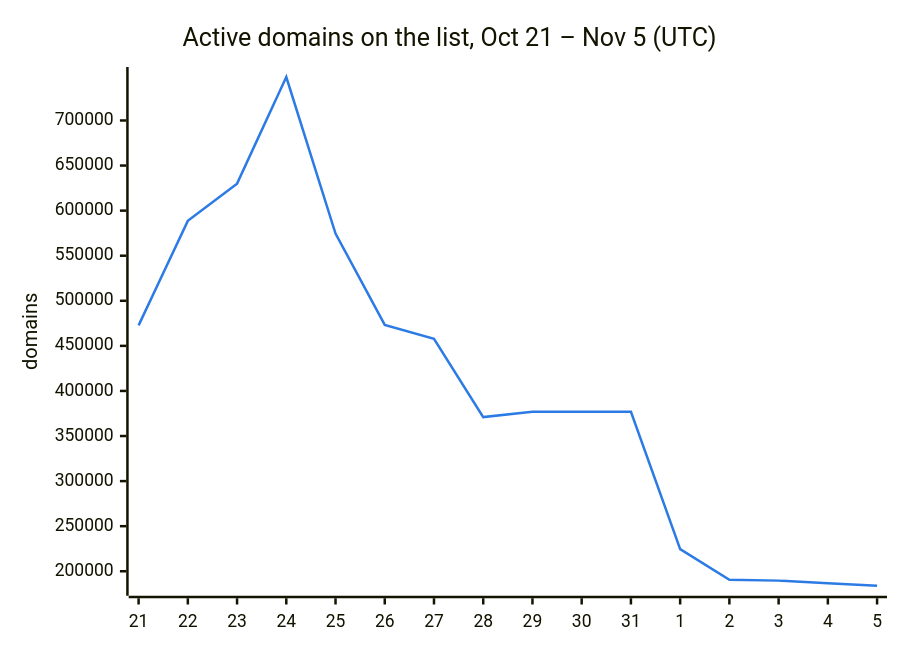
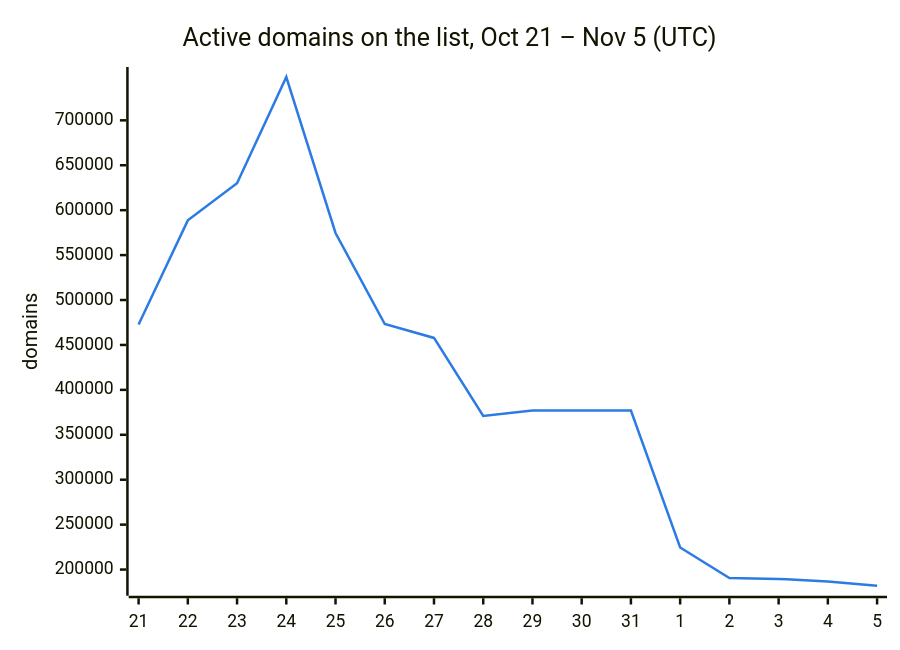
Before and after one commit to DNSBunker/CTI: the second of 3 diagrams in README.md, drawn with Mermaid. The commit also changed other lines of this file and 3 other files, not shown here.

````diff
--- a/README.md
+++ b/README.md
@@ -38,8 +38,8 @@
 ```mermaid
 %%{init: {"themeVariables": {"xyChart": {"plotColorPalette": "#2c7be5"}}}}%%
 xychart-beta
     title "Active domains on the list, Oct 21 – Nov 5 (UTC)"
     x-axis ["21", "22", "23", "24", "25", "26", "27", "28", "29", "30", "31", "1", "2", "3", "4", "5"]
     y-axis "domains"
-    line [472713, 588659, 629951, 748222, 574614, 473331, 457795, 371010, 376945, 376945, 376945, 224607, 190603, 189609, 186630, 183925]
+    line [472713, 588659, 629951, 748222, 574614, 473331, 457795, 371010, 376945, 376945, 376945, 224607, 190603, 189609, 186630, 181981]
 ```
````
